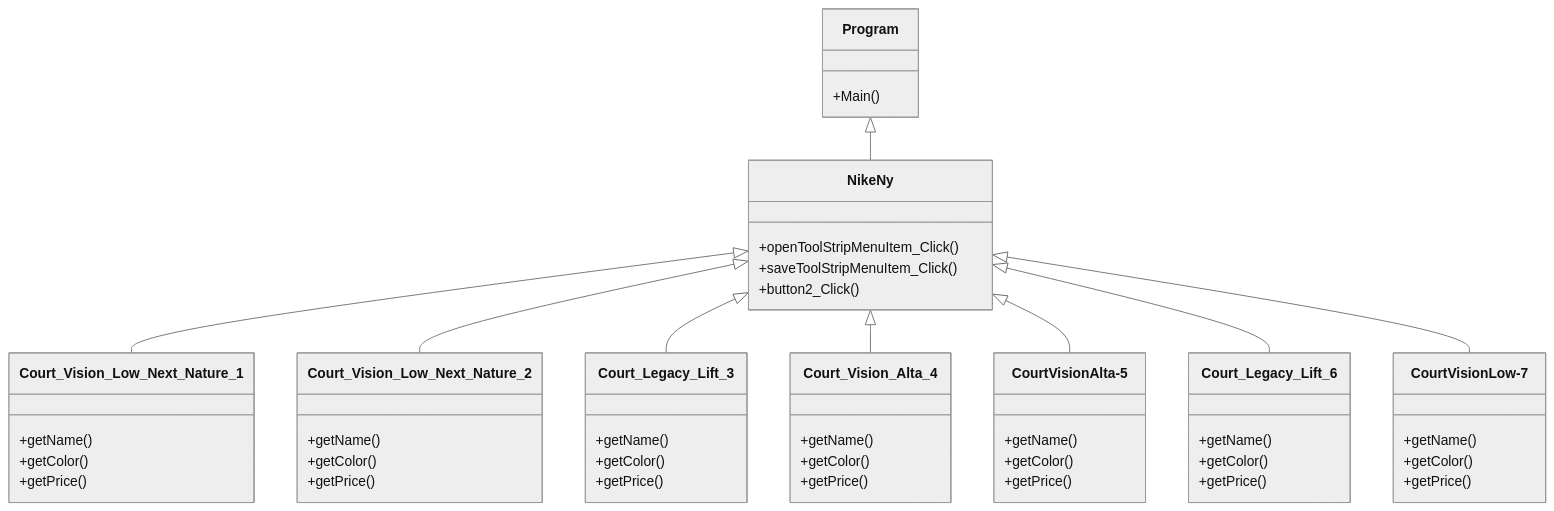
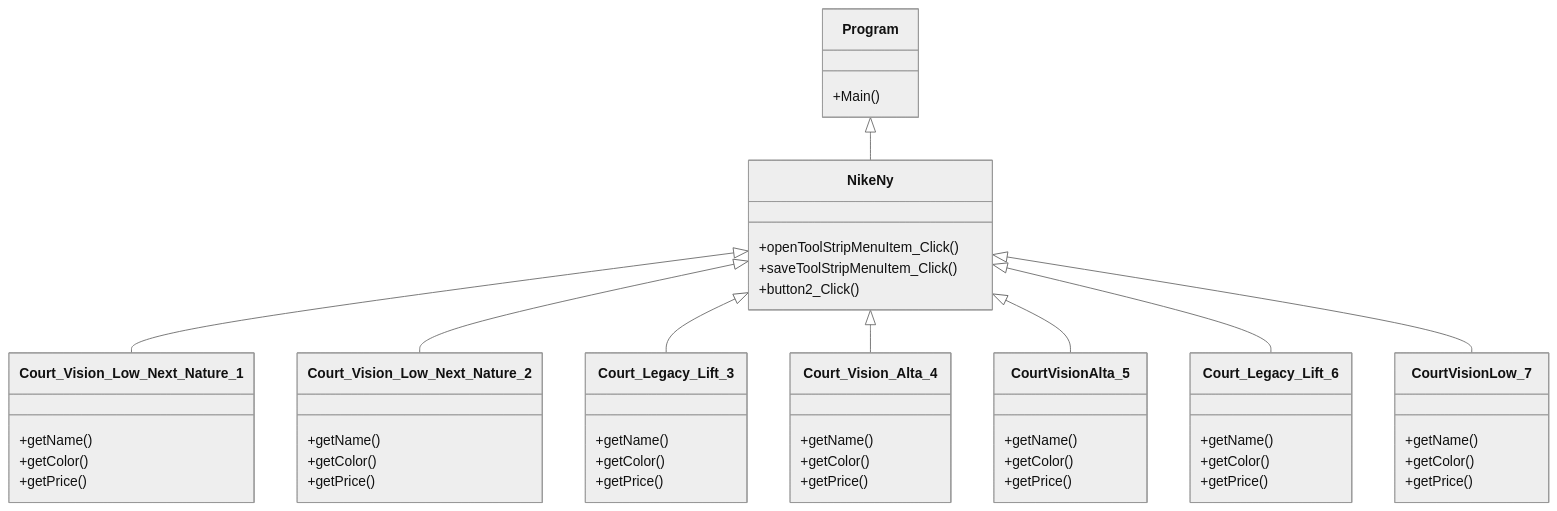
The diagram in README.md (Sanruethai/Final-Project), drawn with Mermaid (neutral theme) before and after one commit.

````diff
--- a/README.md
+++ b/README.md
@@ -3,53 +3,53 @@
 ```mermaid
 classDiagram
     Program <|-- NikeNy
     NikeNy <|-- Court_Vision_Low_Next_Nature_1
     NikeNy <|-- Court_Vision_Low_Next_Nature_2
     NikeNy <|-- Court_Legacy_Lift_3
     NikeNy <|-- Court_Vision_Alta_4
-    NikeNy <|-- Court Vision Alta-5
+    NikeNy <|-- Court Vision Alta_5
     NikeNy <|-- Court_Legacy_Lift_6
-    NikeNy <|-- Court VisionLow-7
+    NikeNy <|-- Court VisionLow_7
     Program : +Main()
     class NikeNy{
         +openToolStripMenuItem_Click()
         +saveToolStripMenuItem_Click()
         +button2_Click()
     }
     class Court_Vision_Low_Next_Nature_1{
         +getName()
         +getColor()
         +getPrice()
         
     }
     class Court_Vision_Low_Next_Nature_2{
         +getName()
         +getColor()
         +getPrice()
     }
     class Court_Legacy_Lift_3{
         +getName()
         +getColor()
         +getPrice()    
     }
     class Court_Vision_Alta_4{
         +getName()
         +getColor()
         +getPrice()
     }
-    class Court Vision Alta-5{
+    class Court Vision Alta_5{
         +getName()
         +getColor()
         +getPrice()
     }
     class Court_Legacy_Lift_6{
         +getName()
         +getColor()
         +getPrice()
     }
-    class Court VisionLow-7{
+    class Court VisionLow_7{
         +getName()
         +getColor()
         +getPrice()
     }
 ```
````
